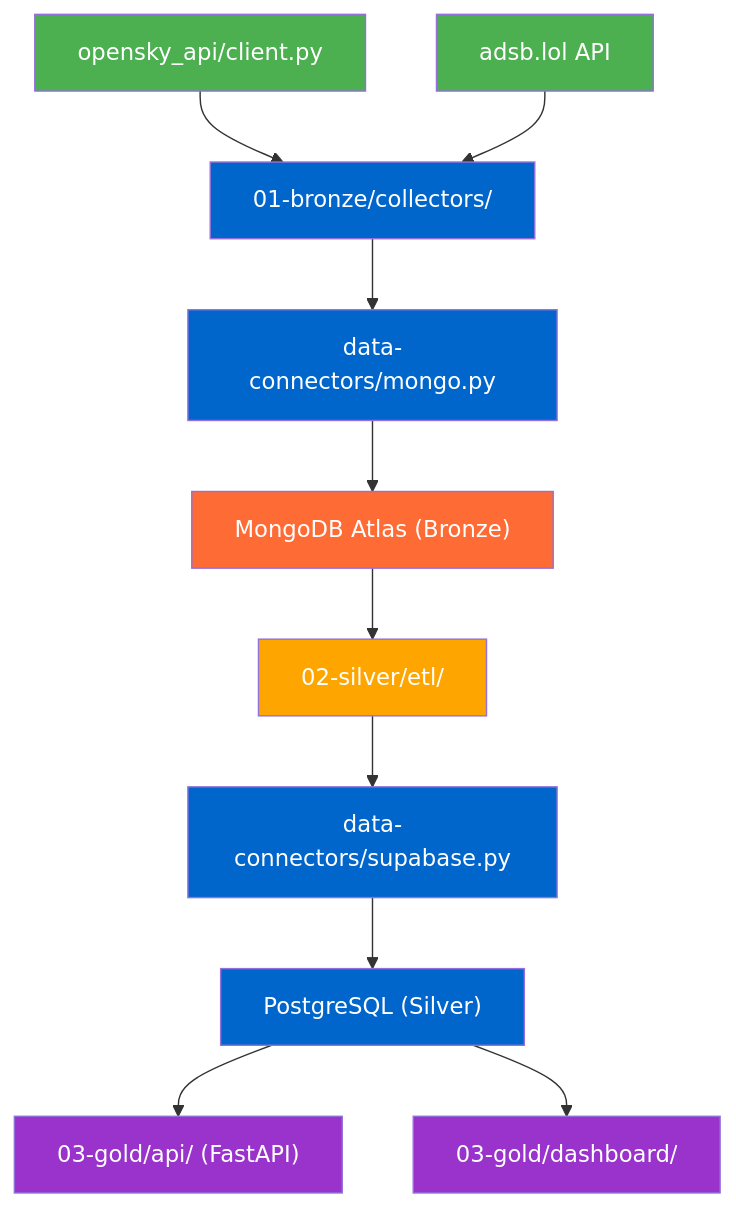
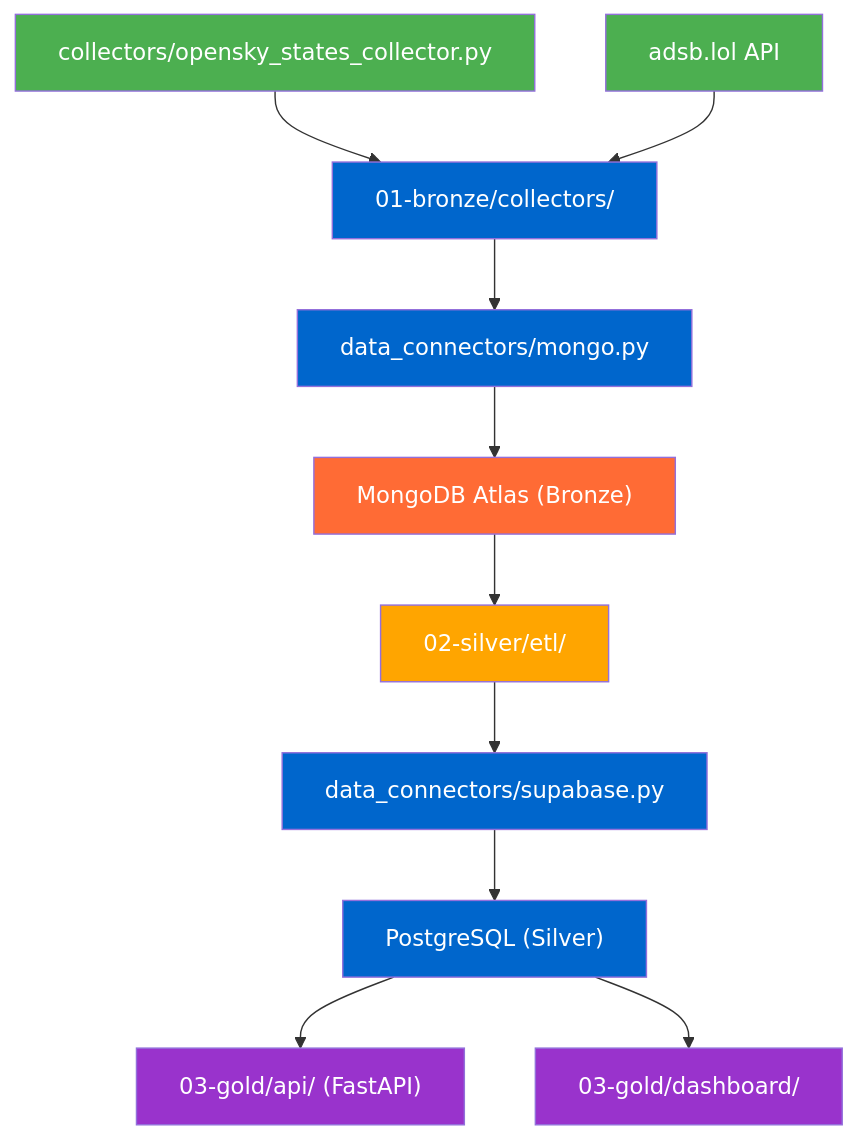
One commit to MatthiasSails/airline-data-platform changed the fifth of 6 diagrams in docs/architecture/README.md. Above: the diagram before and after it, drawn with Mermaid. The commit also changed other lines of this file and 23 other files, not shown here.

First line of the commit message:
Remove retired /flights/* stack; make data_connectors importable

````diff
--- a/docs/architecture/README.md
+++ b/docs/architecture/README.md
@@ -186,27 +185,27 @@
 ```mermaid
 graph TD
-    OS["opensky_api/client.py"]
+    OS["collectors/opensky_states_collector.py"]
     ADSB["adsb.lol API"]
 
     OS --> COL["01-bronze/collectors/"]
     ADSB --> COL
 
-    COL --> CONN["data-connectors/mongo.py"]
+    COL --> CONN["data_connectors/mongo.py"]
     CONN --> MDB["MongoDB Atlas (Bronze)"]
     MDB --> ETL["02-silver/etl/"]
-    ETL --> WCON["data-connectors/supabase.py"]
+    ETL --> WCON["data_connectors/supabase.py"]
     WCON --> PG["PostgreSQL (Silver)"]
     PG --> API["03-gold/api/ (FastAPI)"]
     PG --> DASH["03-gold/dashboard/"]
 
     style OS fill:#4CAF50,color:#fff
     style ADSB fill:#4CAF50,color:#fff
     style COL fill:#0066CC,color:#fff
     style CONN fill:#0066CC,color:#fff
     style MDB fill:#FF6B35,color:#fff
     style ETL fill:#FFA500,color:#fff
     style WCON fill:#0066CC,color:#fff
     style PG fill:#0066CC,color:#fff
     style API fill:#9933CC,color:#fff
     style DASH fill:#9933CC,color:#fff
 ```
````
